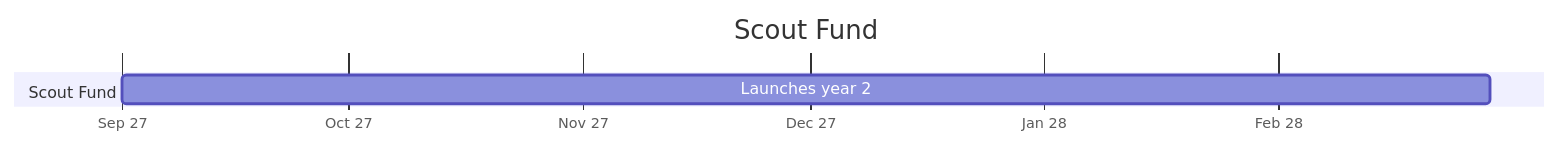
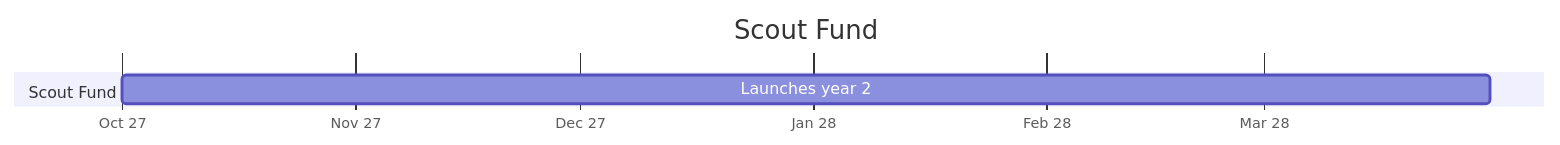
The seventh of 9 diagrams in guild/ONE-GUILD.md (jameslbarnes/oneguild), drawn with Mermaid before and after one commit. The commit also changed other lines of this file and 28 other files, not shown here.

Commit message:
Guild: dates & numbers interview pass 1, UnLimited Partners rename, raise on timeline

````diff
--- a/guild/ONE-GUILD.md
+++ b/guild/ONE-GUILD.md
@@ -674,9 +727,9 @@
 ```mermaid
 gantt
   title Scout Fund
   dateFormat YYYY-MM-DD
   axisFormat %b %y
   todayMarker stroke-width:2px,stroke:#d33
   section Scout Fund
-    Launches year 2 :2027-09-01, 2028-02-29
+    Launches year 2 :2027-10-01, 2028-03-31
 ```
````
